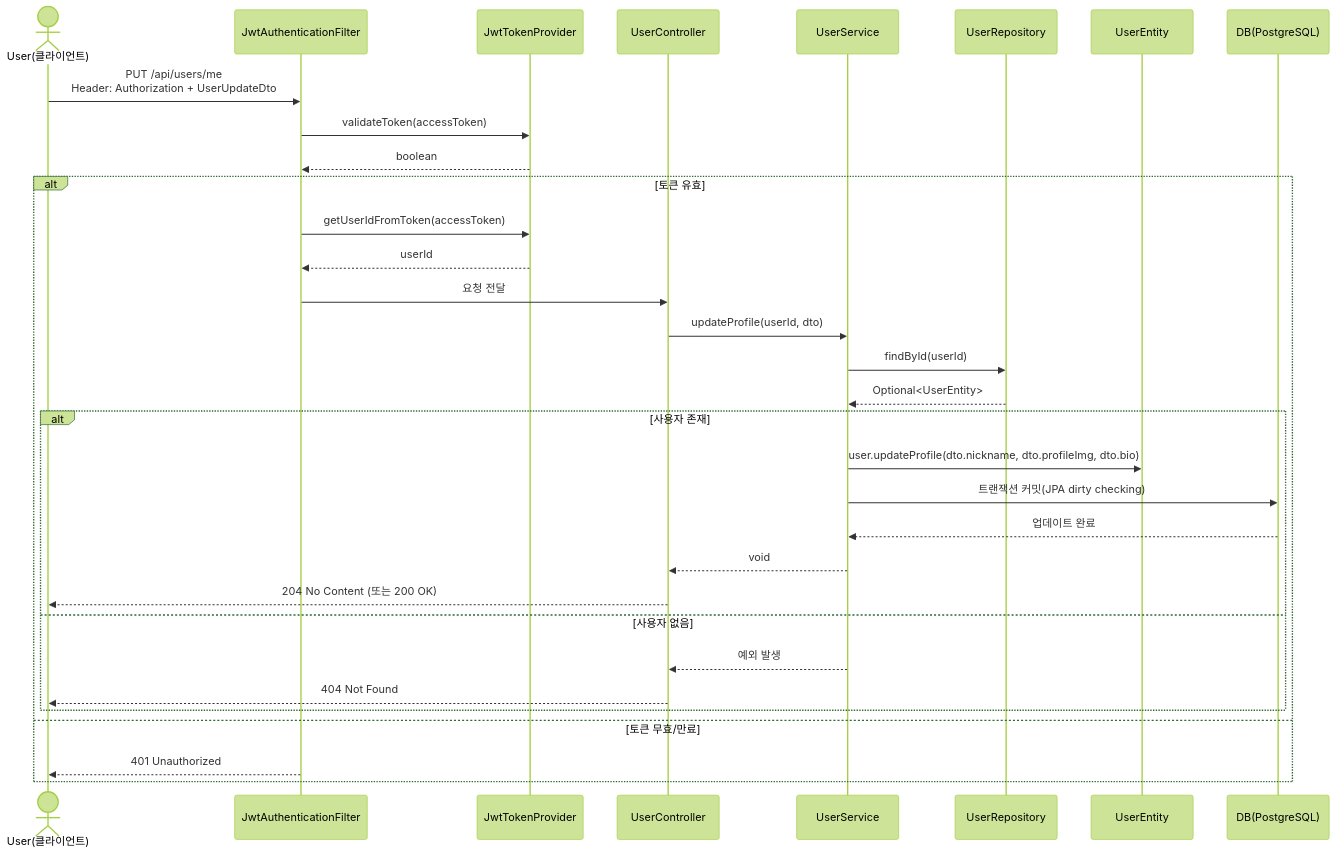
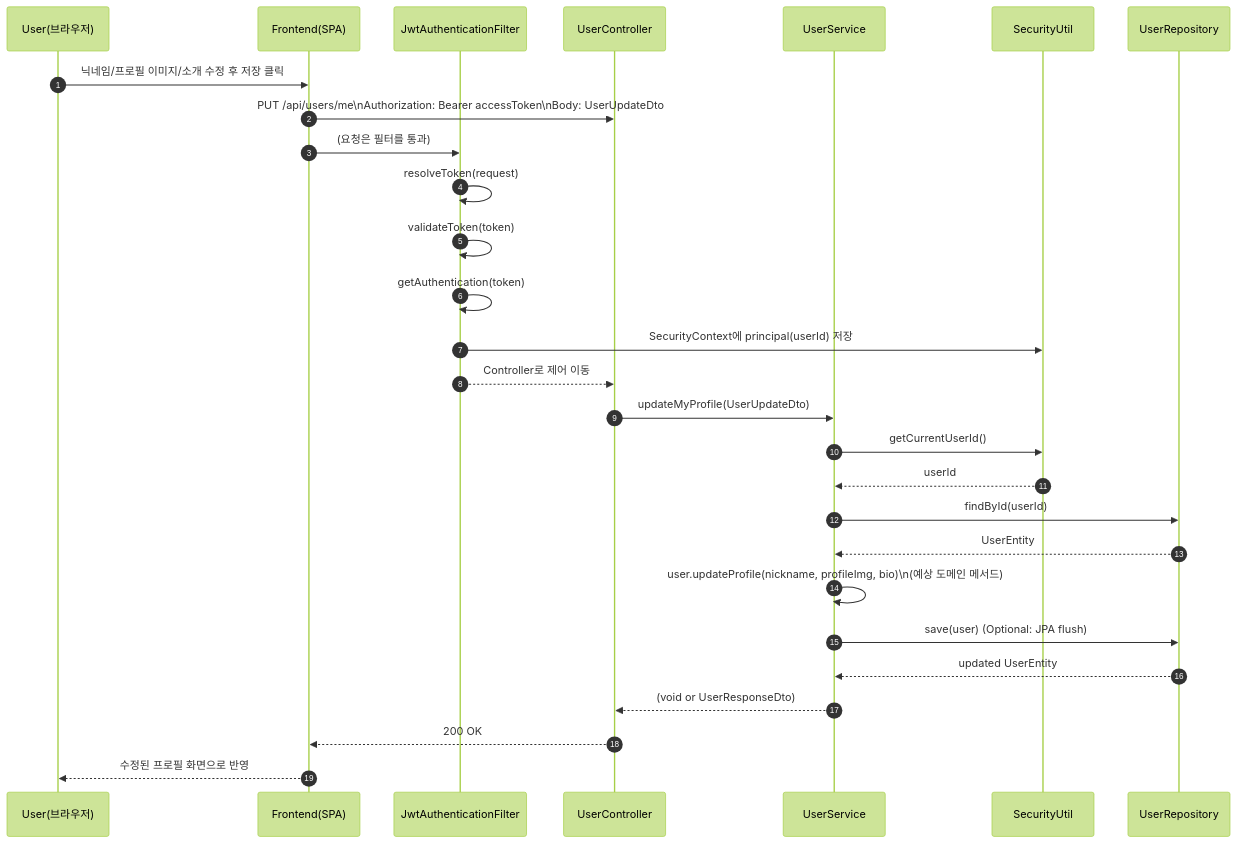
The fifth of 44 diagrams in SDS_[깃라잡이].md (OHWCH/se_dev), drawn with Mermaid (forest theme) before and after one commit. The commit also changed other lines of this file, not shown here.

````diff
--- a/SDS_[깃라잡이].md
+++ b/SDS_[깃라잡이].md
@@ -4765,39 +4720,39 @@
 ```mermaid
 sequenceDiagram
-    actor U as User(클라이언트)
-    participant F as JwtAuthenticationFilter
-    participant JP as JwtTokenProvider
+    autonumber
+    participant U as User(브라우저)
+    participant FE as Frontend(SPA)
+    participant JF as JwtAuthenticationFilter
     participant UC as UserController
     participant US as UserService
+    participant SU as SecurityUtil
     participant UR as UserRepository
-    participant UE as UserEntity
-    participant DB as DB(PostgreSQL)
 
-    U->>F: PUT /api/users/me<br/>Header: Authorization + UserUpdateDto
-    F->>JP: validateToken(accessToken)
-    JP-->>F: boolean
+    U->>FE: 닉네임/프로필 이미지/소개 수정 후 저장 클릭
+    FE->>UC: PUT /api/users/me\nAuthorization: Bearer accessToken\nBody: UserUpdateDto
 
-    alt 토큰 유효
-        F->>JP: getUserIdFromToken(accessToken)
-        JP-->>F: userId
-        F->>UC: 요청 전달
+    %% JWT 필터 인증
+    FE->>JF: (요청은 필터를 통과)
+    JF->>JF: resolveToken(request)
+    JF->>JF: validateToken(token)
+    JF->>JF: getAuthentication(token)
+    JF->>SU: SecurityContext에 principal(userId) 저장
+    JF-->>UC: Controller로 제어 이동
 
-        UC->>US: updateProfile(userId, dto)
-        US->>UR: findById(userId)
-        UR-->>US: Optional<UserEntity>
+    UC->>US: updateMyProfile(UserUpdateDto)
+    US->>SU: getCurrentUserId()
+    SU-->>US: userId
 
-        alt 사용자 존재
-            US->>UE: user.updateProfile(dto.nickname, dto.profileImg, dto.bio)
-            US->>DB: 트랜잭션 커밋(JPA dirty checking)
-            DB-->>US: 업데이트 완료
-            US-->>UC: void
-            UC-->>U: 204 No Content (또는 200 OK)
-        else 사용자 없음
-            US-->>UC: 예외 발생
-            UC-->>U: 404 Not Found
-        end
-    else 토큰 무효/만료
-        F-->>U: 401 Unauthorized
-    end
+    US->>UR: findById(userId)
+    UR-->>US: UserEntity
+
+    US->>US: user.updateProfile(nickname, profileImg, bio)\n(예상 도메인 메서드)
+    US->>UR: save(user) (Optional: JPA flush)
+    UR-->>US: updated UserEntity
+
+    US-->>UC: (void or UserResponseDto)
+    UC-->>FE: 200 OK
+    FE-->>U: 수정된 프로필 화면으로 반영
+
 
 ```
````
